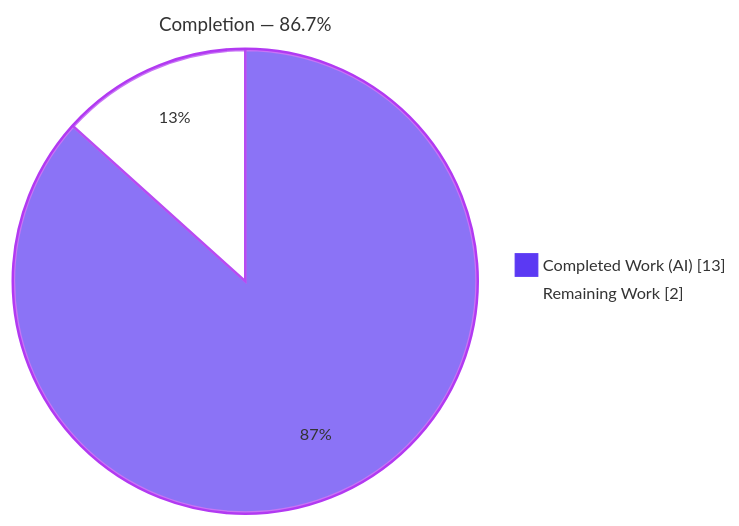
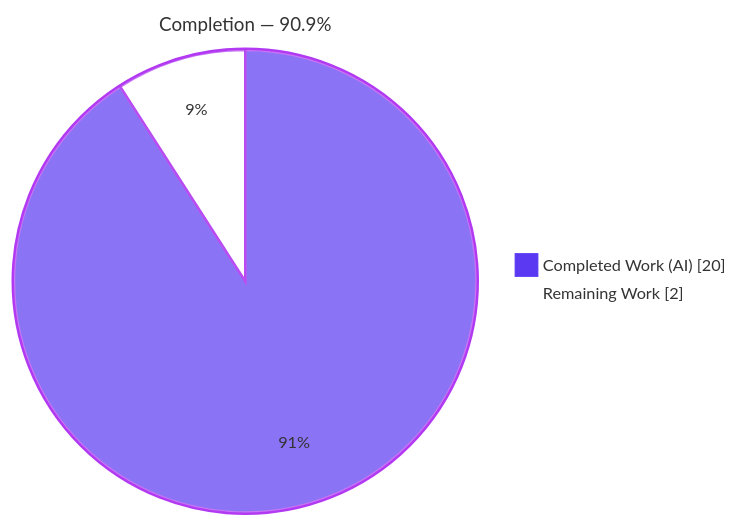
The first of 3 diagrams in blitzy/documentation/Project Guide.md (Sandeep02Kumar02/12-dec-existing-projects-qa-test-3), drawn with Mermaid before and after one commit. The commit also changed other lines of this file, not shown here.

````diff
--- a/blitzy/documentation/Project Guide.md
+++ b/blitzy/documentation/Project Guide.md
@@ -21,6 +22,6 @@
 ```mermaid
 %%{init: {'theme':'base','themeVariables':{'pie1':'#5B39F3','pie2':'#FFFFFF','pieStrokeColor':'#B23AF2','pieOuterStrokeColor':'#B23AF2','pieStrokeWidth':'2px','pieOuterStrokeWidth':'2px','pieTitleTextSize':'15px','pieSectionTextSize':'13px','pieLegendTextSize':'13px'}}}%%
-pie showData title Completion — 86.7%
-    "Completed Work (AI)" : 13
+pie showData title Completion — 90.9%
+    "Completed Work (AI)" : 20
     "Remaining Work" : 2
 ```
````
